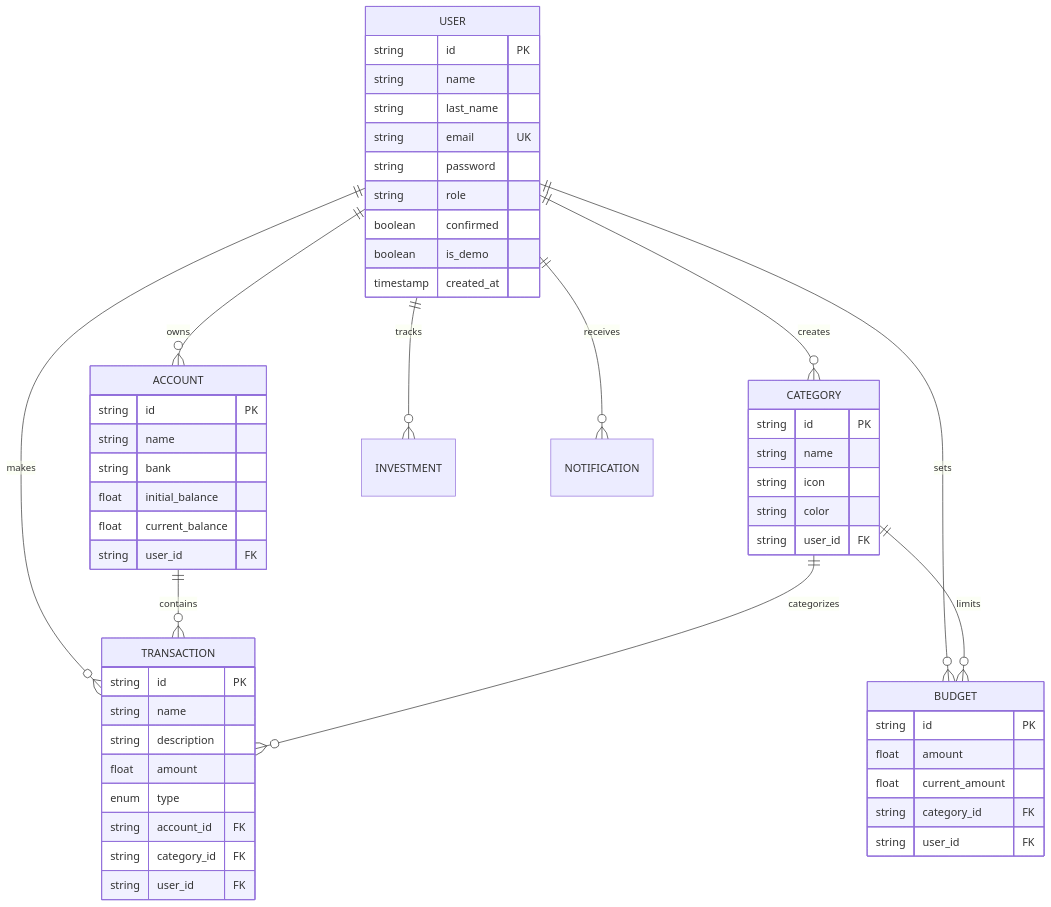
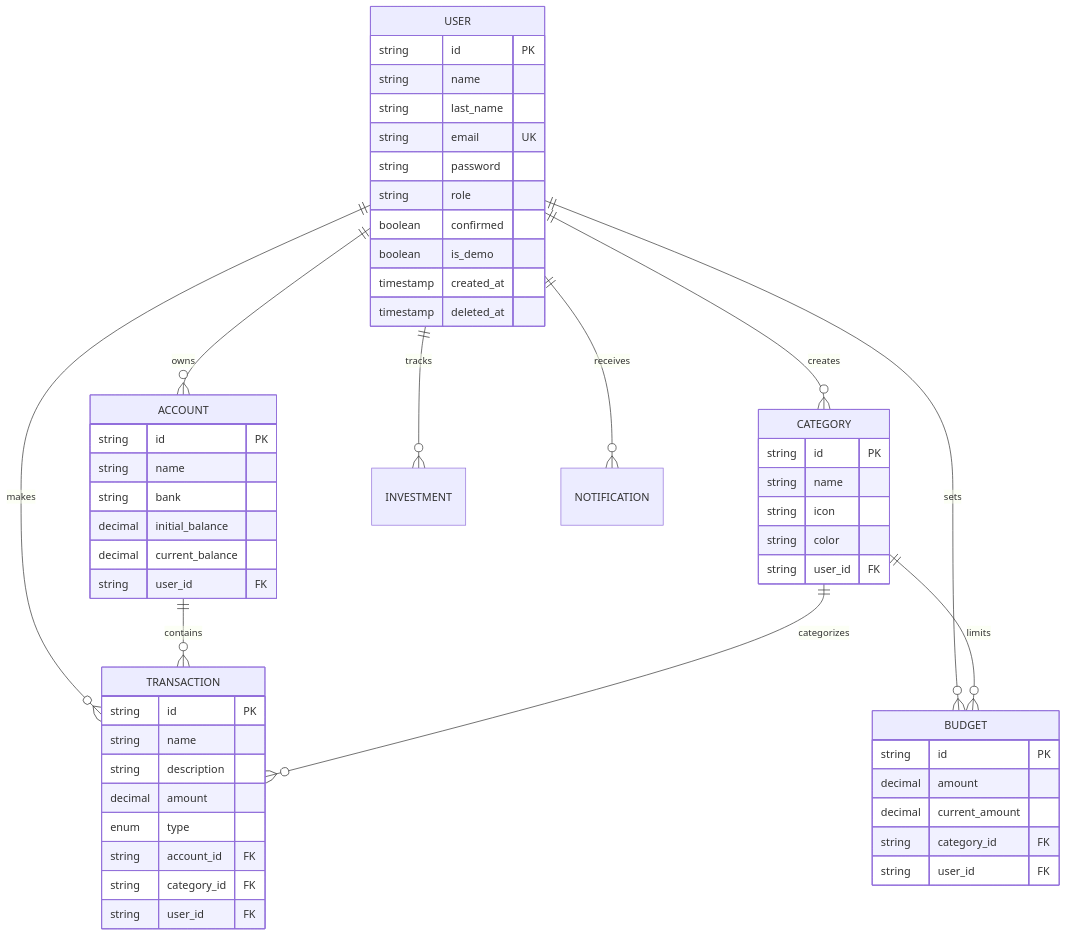
One commit to Osmait/GestorDePresupuesto changed the diagram in Readme.md. Above: the diagram before and after it, drawn with Mermaid. The commit also changed other lines of this file and 1 other file, not shown here.

Commit message:
docs: rewrite ARCHITECTURE.md in English + update Readme.md
ARCHITECTURE.md (739 lines, full rewrite from Spanish):
- Accurate directory structure matching actual codebase
- 8 core patterns: always-positive amounts, txhelper.FromContext,
  RLS implementation, middleware chain, dual-token auth,
  financial audit trail, SSE notifications, AI services
- Database design section: DECIMAL(19,4) rationale, RLS policies
- Security model: 5-layer defense diagram
- 13-step authenticated request lifecycle walkthrough
- Testing strategy: go-sqlmock, SQLite, E2E
- 6 ADRs including set_config() over SET LOCAL fix rationale

Readme.md (targeted updates):
- Added RLS, Financial Audit Trail, Refresh Token Rotation to features
- Added Backend Features sections 6 and 7
- Added go-sqlmock to tech stack table
- Updated data model: float → decimal, added deleted_at to USER
- Updated middleware diagram to include RLS

````diff
--- a/Readme.md
+++ b/Readme.md
@@ -390,61 +405,62 @@
 ```mermaid
 erDiagram
     USER ||--o{ ACCOUNT : owns
     USER ||--o{ CATEGORY : creates
     USER ||--o{ BUDGET : sets
     USER ||--o{ TRANSACTION : makes
     USER ||--o{ INVESTMENT : tracks
     USER ||--o{ NOTIFICATION : receives
     
     ACCOUNT ||--o{ TRANSACTION : contains
     CATEGORY ||--o{ TRANSACTION : categorizes
     CATEGORY ||--o{ BUDGET : limits
     
     USER {
         string id PK
         string name
         string last_name
         string email UK
         string password
         string role
         boolean confirmed
         boolean is_demo
         timestamp created_at
+        timestamp deleted_at
     }
-    
+
     ACCOUNT {
         string id PK
         string name
         string bank
-        float initial_balance
-        float current_balance
+        decimal initial_balance
+        decimal current_balance
         string user_id FK
     }
-    
+
     TRANSACTION {
         string id PK
         string name
         string description
-        float amount
+        decimal amount
         enum type
         string account_id FK
         string category_id FK
         string user_id FK
     }
-    
+
     CATEGORY {
         string id PK
         string name
         string icon
         string color
         string user_id FK
     }
-    
+
     BUDGET {
         string id PK
-        float amount
-        float current_amount
+        decimal amount
+        decimal current_amount
         string category_id FK
         string user_id FK
     }
 ```
````
